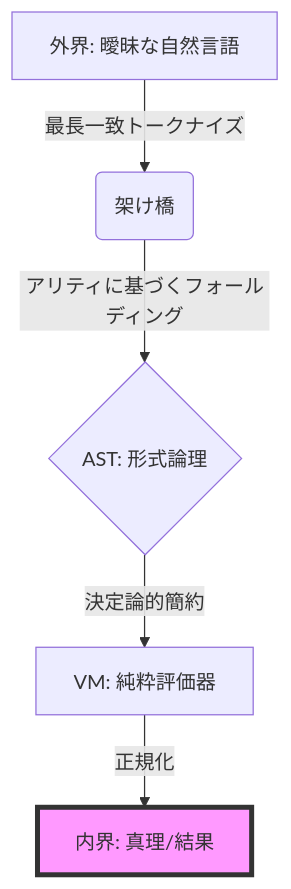
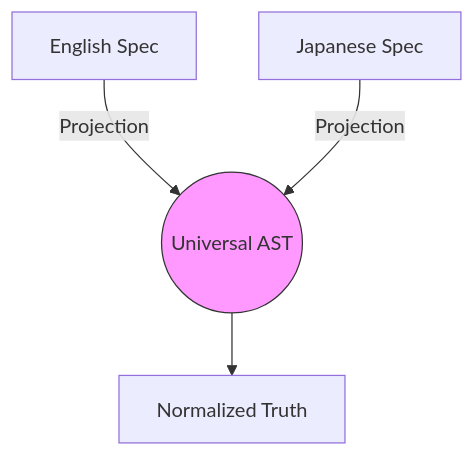
Before and after one commit to aikenkyu001/morphic_inner_world: the seventh of 8 diagrams in Reports/METHODOLOGY_DIAGRAMS.md, drawn with Mermaid. The commit also changed other lines of this file and 15 other files, not shown here.

First line of the commit message:
docs: finalize bilingual academic papers with integrated diagrams and sequential numbering

````diff
--- a/Reports/METHODOLOGY_DIAGRAMS.md
+++ b/Reports/METHODOLOGY_DIAGRAMS.md
@@ -44,8 +64,7 @@
 ```mermaid
 graph TD
-    A[外界: 曖昧な自然言語] -->|最長一致トークナイズ| B(架け橋)
-    B -->|アリティに基づくフォールディング| C{AST: 形式論理}
-    C -->|決定論的簡約| D[VM: 純粋評価器]
-    D -->|正規化| E[内界: 真理/結果]
-    style E fill:#f9f,stroke:#333,stroke-width:4px
+    EN[English Spec] -->|Projection| AST((Universal AST))
+    JP[Japanese Spec] -->|Projection| AST
+    AST --> Result[Normalized Truth]
+    style AST fill:#f9f,stroke:#333
 ```
````
